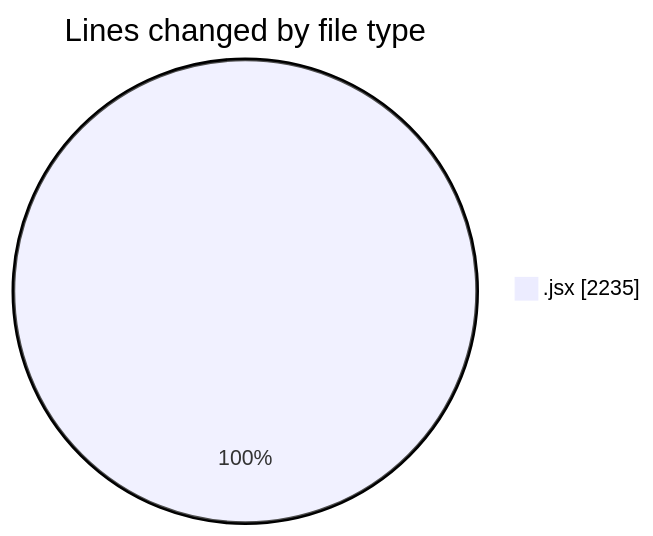
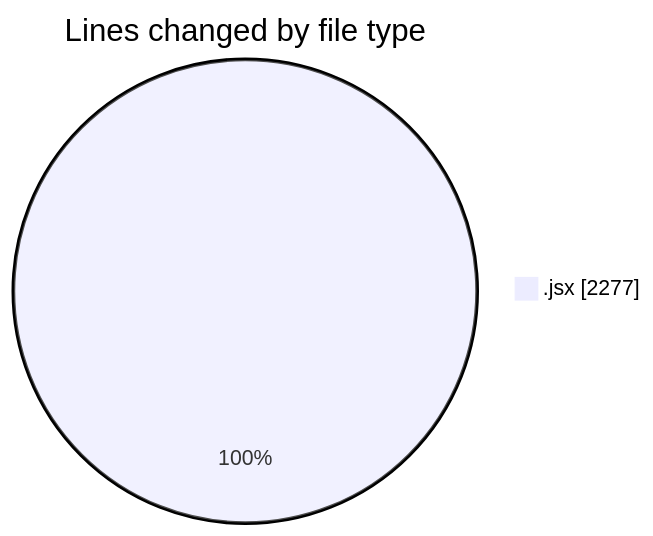
The first of 2 diagrams in 2025-06-02/nxtqube_webapp/README.md (nxtqubesakshisongat/code-tracking), drawn with Mermaid before and after one commit. The commit also changed other lines of this file and 1 other file, not shown here.

````diff
--- a/2025-06-02/nxtqube_webapp/README.md
+++ b/2025-06-02/nxtqube_webapp/README.md
@@ -20,5 +20,5 @@
 ```mermaid
 pie showData
 title Lines changed by file type
-".jsx" : 2235
+".jsx" : 2277
 ```
````
